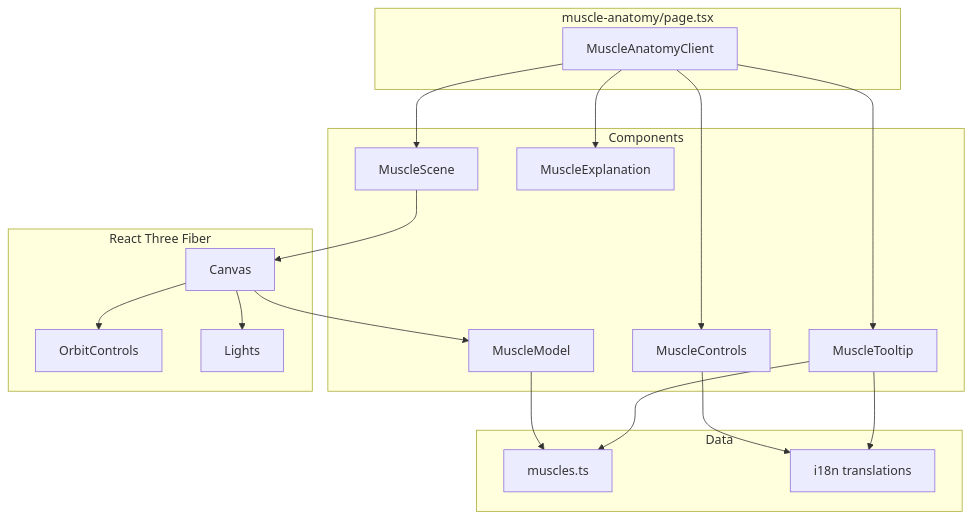
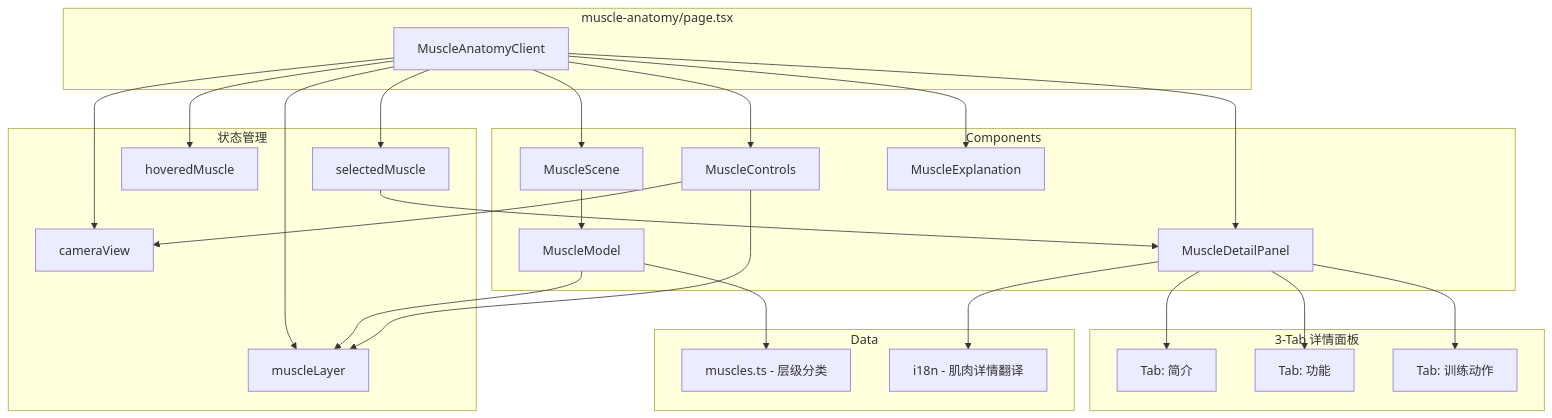
Before and after one commit to quanquan1996/BodyBuildingQuan: the diagram in .kiro/specs/muscle-anatomy-3d/design.md, drawn with Mermaid. The commit also changed other lines of this file and 25 other files, not shown here.

First line of the commit message:
feat(muscle-anatomy): add strengthening data and optimize tab UI

````diff
--- a/.kiro/specs/muscle-anatomy-3d/design.md
+++ b/.kiro/specs/muscle-anatomy-3d/design.md
@@ -373,40 +464,56 @@
 ```mermaid
 graph TB
     subgraph Page["muscle-anatomy/page.tsx"]
         A[MuscleAnatomyClient]
     end
     
+    subgraph State["状态管理"]
+        S1[selectedMuscle]
+        S2[hoveredMuscle]
+        S3[cameraView]
+        S4[muscleLayer]
+    end
+    
     subgraph Components
         B[MuscleScene]
         C[MuscleModel]
         D[MuscleControls]
-        E[MuscleTooltip]
+        E[MuscleDetailPanel]
         F[MuscleExplanation]
     end
     
-    subgraph R3F["React Three Fiber"]
-        G[Canvas]
-        H[OrbitControls]
-        I[Lights]
+    subgraph DetailPanel["3-Tab 详情面板"]
+        T1[Tab: 简介]
+        T2[Tab: 功能]
+        T3[Tab: 训练动作]
     end
     
     subgraph Data
-        J[muscles.ts]
-        K[i18n translations]
+        J[muscles.ts - 层级分类]
+        K[i18n - 肌肉详情翻译]
     end
+    
+    A --> S1
+    A --> S2
+    A --> S3
+    A --> S4
     
     A --> B
     A --> D
     A --> E
     A --> F
     
-    B --> G
-    G --> C
-    G --> H
-    G --> I
+    B --> C
+    C --> S4
+    C --> J
     
-    C --> J
-    E --> J
-    D --> K
+    D --> S3
+    D --> S4
+    
+    E --> T1
+    E --> T2
+    E --> T3
     E --> K
+    
+    S1 --> E
 ```
````
